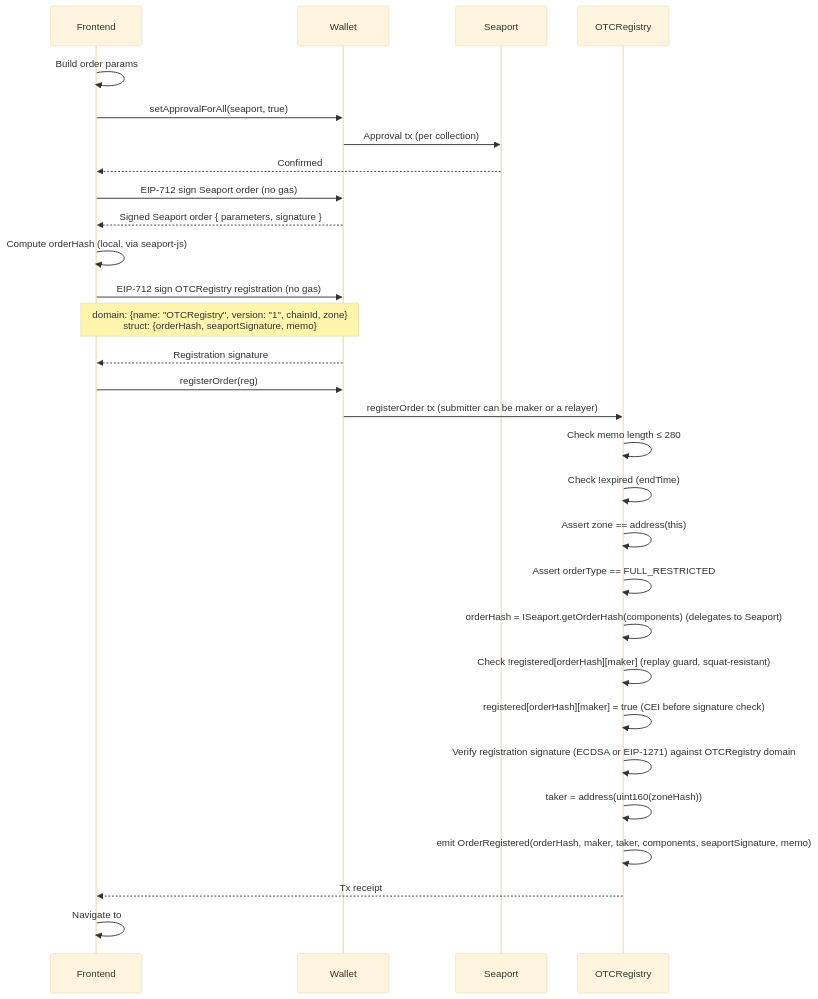
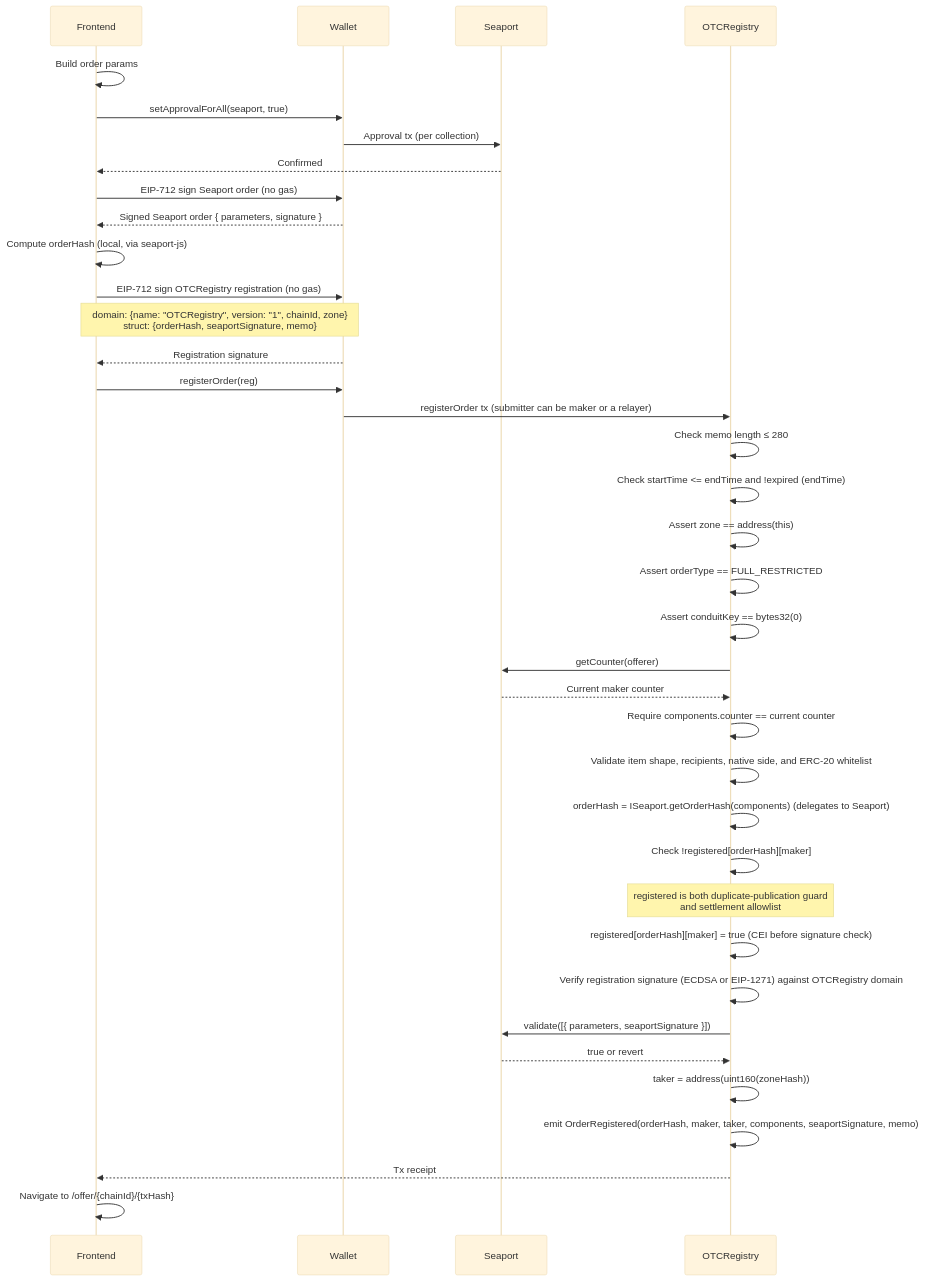
One commit to shukudaidayo/ocarina-trade changed the first of 5 diagrams in docs/flows.md. Above: the diagram before and after it, drawn with Mermaid (base theme). The commit also changed other lines of this file and 4 other files, not shown here.

````diff
--- a/docs/flows.md
+++ b/docs/flows.md
@@ -5,38 +5,46 @@
 ```mermaid
 sequenceDiagram
     participant F as Frontend
     participant W as Wallet
     participant S as Seaport
     participant Z as OTCRegistry
 
     F->>F: Build order params
 
     F->>W: setApprovalForAll(seaport, true)
     W->>S: Approval tx (per collection)
     S-->>F: Confirmed
 
     F->>W: EIP-712 sign Seaport order (no gas)
     W-->>F: Signed Seaport order { parameters, signature }
 
     F->>F: Compute orderHash (local, via seaport-js)
 
     F->>W: EIP-712 sign OTCRegistry registration (no gas)
     Note over F,W: domain: {name: "OTCRegistry", version: "1", chainId, zone}<br/>struct: {orderHash, seaportSignature, memo}
     W-->>F: Registration signature
 
     F->>W: registerOrder(reg)
     W->>Z: registerOrder tx (submitter can be maker or a relayer)
     Z->>Z: Check memo length ≤ 280
-    Z->>Z: Check !expired (endTime)
+    Z->>Z: Check startTime <= endTime and !expired (endTime)
     Z->>Z: Assert zone == address(this)
     Z->>Z: Assert orderType == FULL_RESTRICTED
+    Z->>Z: Assert conduitKey == bytes32(0)
+    Z->>S: getCounter(offerer)
+    S-->>Z: Current maker counter
+    Z->>Z: Require components.counter == current counter
+    Z->>Z: Validate item shape, recipients, native side, and ERC-20 whitelist
     Z->>Z: orderHash = ISeaport.getOrderHash(components) (delegates to Seaport)
-    Z->>Z: Check !registered[orderHash][maker] (replay guard, squat-resistant)
+    Z->>Z: Check !registered[orderHash][maker]
+    Note over Z: registered is both duplicate-publication guard<br/>and settlement allowlist
     Z->>Z: registered[orderHash][maker] = true (CEI before signature check)
     Z->>Z: Verify registration signature (ECDSA or EIP-1271) against OTCRegistry domain
+    Z->>S: validate([{ parameters, seaportSignature }])
+    S-->>Z: true or revert
     Z->>Z: taker = address(uint160(zoneHash))
     Z->>Z: emit OrderRegistered(orderHash, maker, taker, components, seaportSignature, memo)
     Z-->>F: Tx receipt
 
-    F->>F: Navigate to #/offer/{chainId}/{txHash}
+    F->>F: Navigate to /offer/{chainId}/{txHash}
 ```
````
